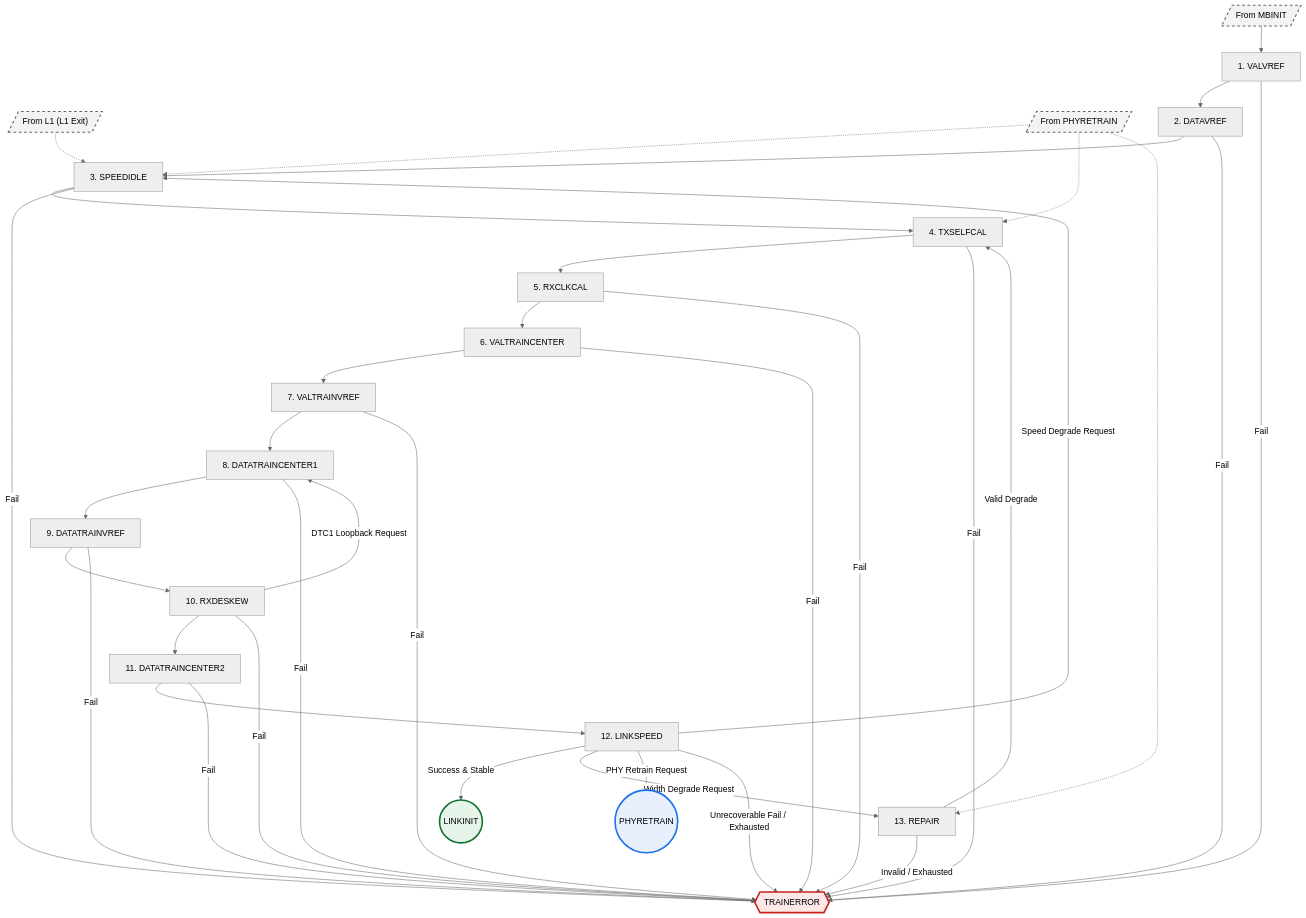
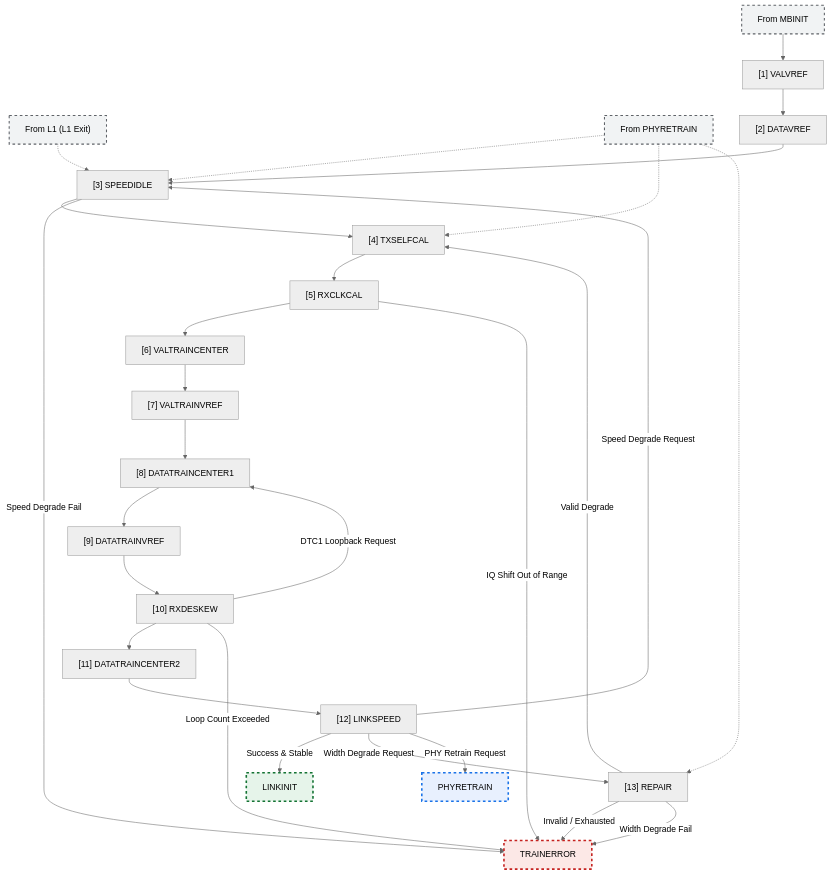
Before and after one commit to AbdallahMoSalah/UCIe-3.0-PHY-layer: the diagram in rtl/MainSM/LTSM/MBTRAIN/MBTRAIN_overview.md, drawn with Mermaid (neutral theme). The commit also changed other lines of this file and 5 other files, not shown here.

````diff
--- a/rtl/MainSM/LTSM/MBTRAIN/MBTRAIN_overview.md
+++ b/rtl/MainSM/LTSM/MBTRAIN/MBTRAIN_overview.md
@@ -774,58 +780,50 @@
 ```mermaid
 graph TD
     %% Entry Points (Outside MBTRAIN)
-    MBINIT_ENTRY[/"From MBINIT"/] --> VALVREF["1. VALVREF"]
-    L1_ENTRY[/"From L1 (L1 Exit)"/] -.-> SPEEDIDLE["3. SPEEDIDLE"]
-    RETRAIN_ENTRY[/"From PHYRETRAIN"/] -.-> SPEEDIDLE
-    RETRAIN_ENTRY -.-> TXSELFCAL["4. TXSELFCAL"]
-    RETRAIN_ENTRY -.-> REPAIR["13. REPAIR"]
+    MBINIT_ENTRY["From MBINIT"] --> VALVREF["[1] VALVREF"]
+    L1_ENTRY["From L1 (L1 Exit)"] -.-> SPEEDIDLE["[3] SPEEDIDLE"]
+    RETRAIN_ENTRY["From PHYRETRAIN"] -.-> SPEEDIDLE
+    RETRAIN_ENTRY -.-> TXSELFCAL["[4] TXSELFCAL"]
+    RETRAIN_ENTRY -.-> REPAIR["[13] REPAIR"]
 
     %% Nominal sequence
-    VALVREF --> DATAVREF["2. DATAVREF"]
+    VALVREF --> DATAVREF["[2] DATAVREF"]
     DATAVREF --> SPEEDIDLE
     SPEEDIDLE --> TXSELFCAL
-    TXSELFCAL --> RXCLKCAL["5. RXCLKCAL"]
-    RXCLKCAL --> VALTRAINCENTER["6. VALTRAINCENTER"]
-    VALTRAINCENTER --> VALTRAINVREF["7. VALTRAINVREF"]
-    VALTRAINVREF --> DATATRAINCENTER1["8. DATATRAINCENTER1"]
-    DATATRAINCENTER1 --> DATATRAINVREF["9. DATATRAINVREF"]
-    DATATRAINVREF --> RXDESKEW["10. RXDESKEW"]
-    RXDESKEW --> DATATRAINCENTER2["11. DATATRAINCENTER2"]
-    DATATRAINCENTER2 --> LINKSPEED["12. LINKSPEED"]
+    TXSELFCAL --> RXCLKCAL["[5] RXCLKCAL"]
+    RXCLKCAL --> VALTRAINCENTER["[6] VALTRAINCENTER"]
+    VALTRAINCENTER --> VALTRAINVREF["[7] VALTRAINVREF"]
+    VALTRAINVREF --> DATATRAINCENTER1["[8] DATATRAINCENTER1"]
+    DATATRAINCENTER1 --> DATATRAINVREF["[9] DATATRAINVREF"]
+    DATATRAINVREF --> RXDESKEW["[10] RXDESKEW"]
+    RXDESKEW --> DATATRAINCENTER2["[11] DATATRAINCENTER2"]
+    DATATRAINCENTER2 --> LINKSPEED["[12] LINKSPEED"]
 
     %% Loopback / Refinement Arc
     RXDESKEW -->|DTC1 Loopback Request| DATATRAINCENTER1
 
     %% Exit Paths from LINKSPEED (To Outside MBTRAIN)
-    LINKSPEED -->|Success & Stable| LINKINIT(("LINKINIT"))
+    LINKSPEED -->|Success & Stable| LINKINIT["LINKINIT"]
     LINKSPEED -->|Speed Degrade Request| SPEEDIDLE
     LINKSPEED -->|Width Degrade Request| REPAIR
-    LINKSPEED -->|PHY Retrain Request| PHYRETRAIN(("PHYRETRAIN"))
-    LINKSPEED -->|Unrecoverable Fail / Exhausted| TRAINERROR{{"TRAINERROR"}}
+    LINKSPEED -->|PHY Retrain Request| PHYRETRAIN["PHYRETRAIN"]
 
     %% REPAIR loop
     REPAIR -->|Valid Degrade| TXSELFCAL
     REPAIR -->|Invalid / Exhausted| TRAINERROR
 
-    %% Individual state failures (Timeout or architectural check)
-    VALVREF -->|Fail| TRAINERROR
-    DATAVREF -->|Fail| TRAINERROR
-    SPEEDIDLE -->|Fail| TRAINERROR
-    TXSELFCAL -->|Fail| TRAINERROR
-    RXCLKCAL -->|Fail| TRAINERROR
-    VALTRAINCENTER -->|Fail| TRAINERROR
-    VALTRAINVREF -->|Fail| TRAINERROR
-    DATATRAINCENTER1 -->|Fail| TRAINERROR
-    DATATRAINVREF -->|Fail| TRAINERROR
-    RXDESKEW -->|Fail| TRAINERROR
-    DATATRAINCENTER2 -->|Fail| TRAINERROR
+    %% Individual substate architectural failures (No timeouts here)
+    SPEEDIDLE -->|Speed Degrade Fail| TRAINERROR
+    RXCLKCAL -->|IQ Shift Out of Range| TRAINERROR
+    RXDESKEW -->|Loop Count Exceeded| TRAINERROR
+    REPAIR -->|Width Degrade Fail| TRAINERROR
 
     %% Style definitions for Outside states
     style MBINIT_ENTRY fill:#f1f3f4,stroke:#5f6368,stroke-width:2px,stroke-dasharray: 5 5
     style L1_ENTRY fill:#f1f3f4,stroke:#5f6368,stroke-width:2px,stroke-dasharray: 5 5
     style RETRAIN_ENTRY fill:#f1f3f4,stroke:#5f6368,stroke-width:2px,stroke-dasharray: 5 5
 
-    style LINKINIT fill:#e6f4ea,stroke:#137333,stroke-width:3px
-    style PHYRETRAIN fill:#e8f0fe,stroke:#1a73e8,stroke-width:3px
-    style TRAINERROR fill:#fce8e6,stroke:#c5221f,stroke-width:3px
+    style LINKINIT fill:#e6f4ea,stroke:#137333,stroke-width:3px,stroke-dasharray: 5 5
+    style PHYRETRAIN fill:#e8f0fe,stroke:#1a73e8,stroke-width:3px,stroke-dasharray: 5 5
+    style TRAINERROR fill:#fce8e6,stroke:#c5221f,stroke-width:3px,stroke-dasharray: 5 5
 ```
````
